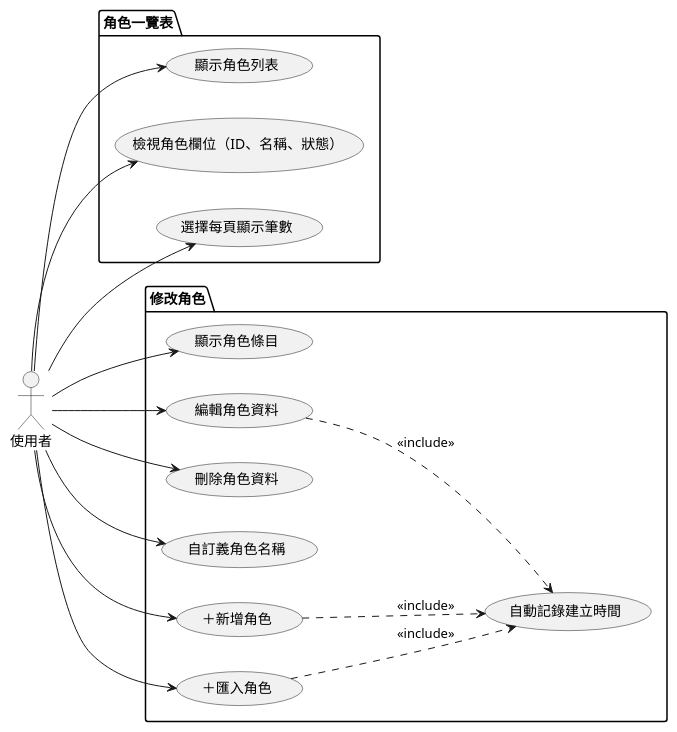
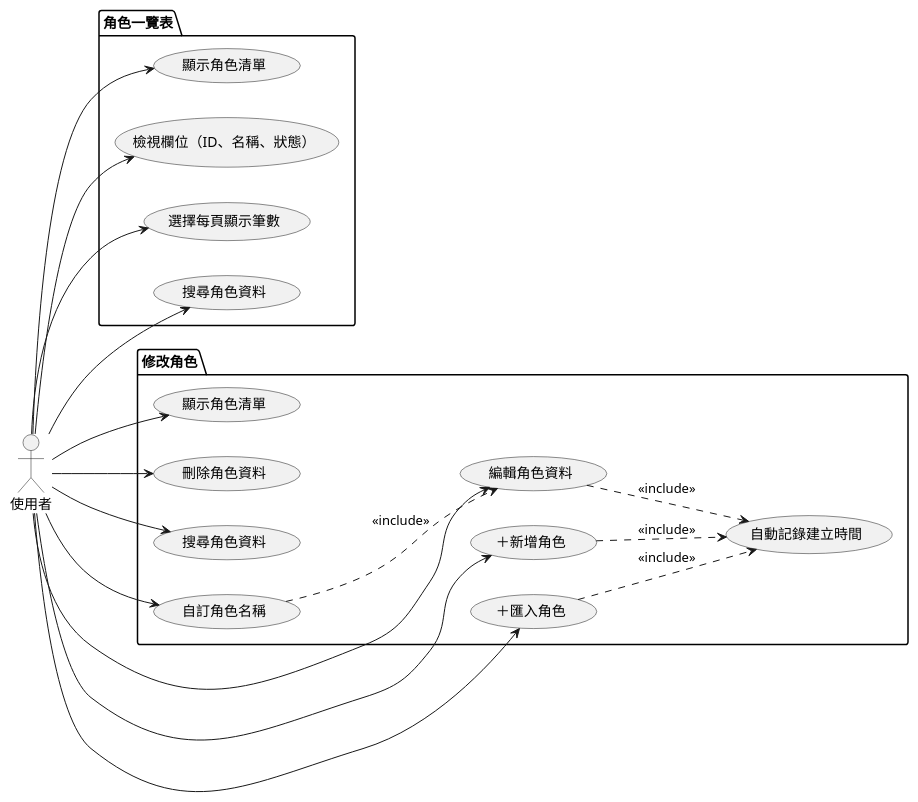
One commit to walle45611/NTUB_SecuManag_Diagram changed the diagram in mermaid/use_case/role_overview&edit.puml. Above: the diagram before and after it, drawn with PlantUML. The commit also changed 6 other files, not shown here.

```diff
--- a/mermaid/use_case/role_overview&edit.puml
+++ b/mermaid/use_case/role_overview&edit.puml
@@ -1,37 +1,42 @@
 @startuml
 
 left to right direction
 
 actor 使用者
 
 package "角色一覽表" {
-    usecase "顯示角色列表" as UC1
-    usecase "檢視角色欄位（ID、名稱、狀態）" as UC2
+    usecase "顯示角色清單" as UC1
+    usecase "檢視欄位（ID、名稱、狀態）" as UC2
     usecase "選擇每頁顯示筆數" as UC3
+    usecase "搜尋角色資料" as UC4
 }
 
 package "修改角色" {
-    usecase "顯示角色條目" as UC4
-    usecase "編輯角色資料" as UC5
-    usecase "刪除角色資料" as UC6
-    usecase "自訂義角色名稱" as UC7
-    usecase "＋新增角色" as UC8
-    usecase "＋匯入角色" as UC9
-    usecase "自動記錄建立時間" as UC10
+    usecase "顯示角色清單" as UC5
+    usecase "編輯角色資料" as UC6
+    usecase "刪除角色資料" as UC7
+    usecase "搜尋角色資料" as UC8
+    usecase "自訂角色名稱" as UC9
+    usecase "＋新增角色" as UC10
+    usecase "＋匯入角色" as UC11
+    usecase "自動記錄建立時間" as UC12
 }
 
-UC5 .down.> UC10 : <<include>>
-UC8 .down.> UC10 : <<include>>
-UC9 .down.> UC10 : <<include>>
+UC6 .down.> UC12 : <<include>>
+UC9 .down.> UC6 : <<include>>
+UC10 .down.> UC12 : <<include>>
+UC11 .down.> UC12 : <<include>>
 
 使用者 --> UC1
 使用者 --> UC2
 使用者 --> UC3
 使用者 --> UC4
 使用者 --> UC5
 使用者 --> UC6
 使用者 --> UC7
 使用者 --> UC8
 使用者 --> UC9
+使用者 --> UC10
+使用者 --> UC11
 
 @enduml
```
